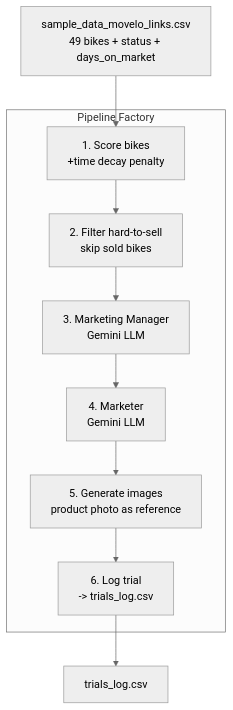
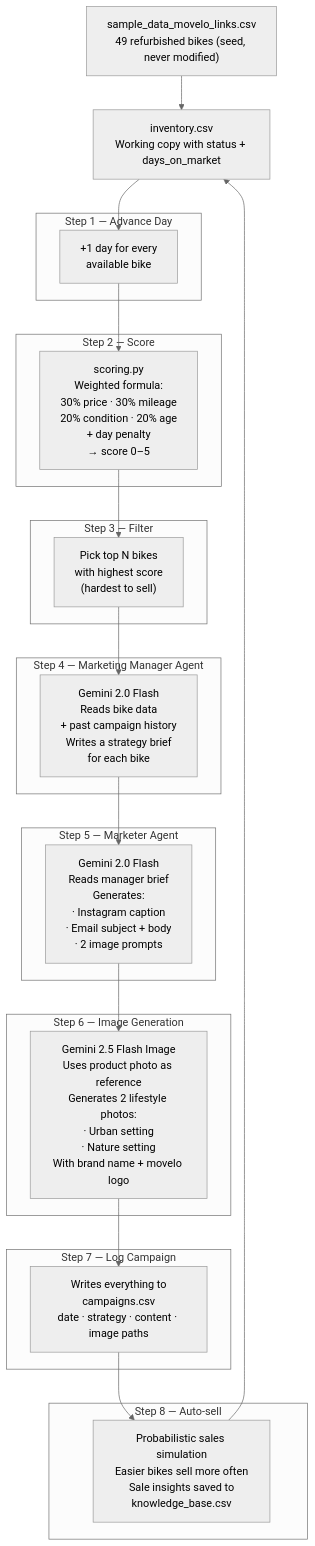
The diagram in README.md (alilowni/Movelo), drawn with Mermaid (neutral theme) before and after one commit. The commit also changed other lines of this file, not shown here.

````diff
--- a/README.md
+++ b/README.md
@@ -21,15 +21,54 @@
 ```mermaid
 flowchart TD
-    CSV["sample_data_movelo_links.csv\n49 bikes + status + days_on_market"] --> Score
+    Seed["sample_data_movelo_links.csv\n49 refurbished bikes (seed, never modified)"] --> Inventory
 
-    subgraph pipe [Pipeline Factory]
-        Score["1. Score bikes\n+time decay penalty"] --> Filter
-        Filter["2. Filter hard-to-sell\nskip sold bikes"] --> Manager
-        Manager["3. Marketing Manager\nGemini LLM"] --> Marketer
-        Marketer["4. Marketer\nGemini LLM"] --> Images
-        Images["5. Generate images\nproduct photo as reference"] --> Log
-        Log["6. Log trial\n-> trials_log.csv"]
+    Inventory["inventory.csv\nWorking copy with status + days_on_market"] --> Day
+
+    subgraph step1 [Step 1 — Advance Day]
+        Day["+1 day for every\navailable bike"]
     end
 
-    Log --> TrialsCSV["trials_log.csv"]
+    Day --> Scoring
+
+    subgraph step2 [Step 2 — Score]
+        Scoring["scoring.py\nWeighted formula:\n30% price · 30% mileage\n20% condition · 20% age\n+ day penalty\n→ score 0–5"]
+    end
+
+    Scoring --> Filter
+
+    subgraph step3 [Step 3 — Filter]
+        Filter["Pick top N bikes\nwith highest score\n(hardest to sell)"]
+    end
+
+    Filter --> Manager
+
+    subgraph step4 [Step 4 — Marketing Manager Agent]
+        Manager["Gemini 2.0 Flash\nReads bike data\n+ past campaign history\nWrites a strategy brief\nfor each bike"]
+    end
+
+    Manager --> Marketer
+
+    subgraph step5 [Step 5 — Marketer Agent]
+        Marketer["Gemini 2.0 Flash\nReads manager brief\nGenerates:\n· Instagram caption\n· Email subject + body\n· 2 image prompts"]
+    end
+
+    Marketer --> ImageGen
+
+    subgraph step6 [Step 6 — Image Generation]
+        ImageGen["Gemini 2.5 Flash Image\nUses product photo as reference\nGenerates 2 lifestyle photos:\n· Urban setting\n· Nature setting\nWith brand name + movelo logo"]
+    end
+
+    ImageGen --> Log
+
+    subgraph step7 [Step 7 — Log Campaign]
+        Log["Writes everything to\ncampaigns.csv\ndate · strategy · content · image paths"]
+    end
+
+    Log --> Sell
+
+    subgraph step8 [Step 8 — Auto-sell]
+        Sell["Probabilistic sales simulation\nEasier bikes sell more often\nSale insights saved to\nknowledge_base.csv"]
+    end
+
+    Sell --> Inventory
 ```
````
